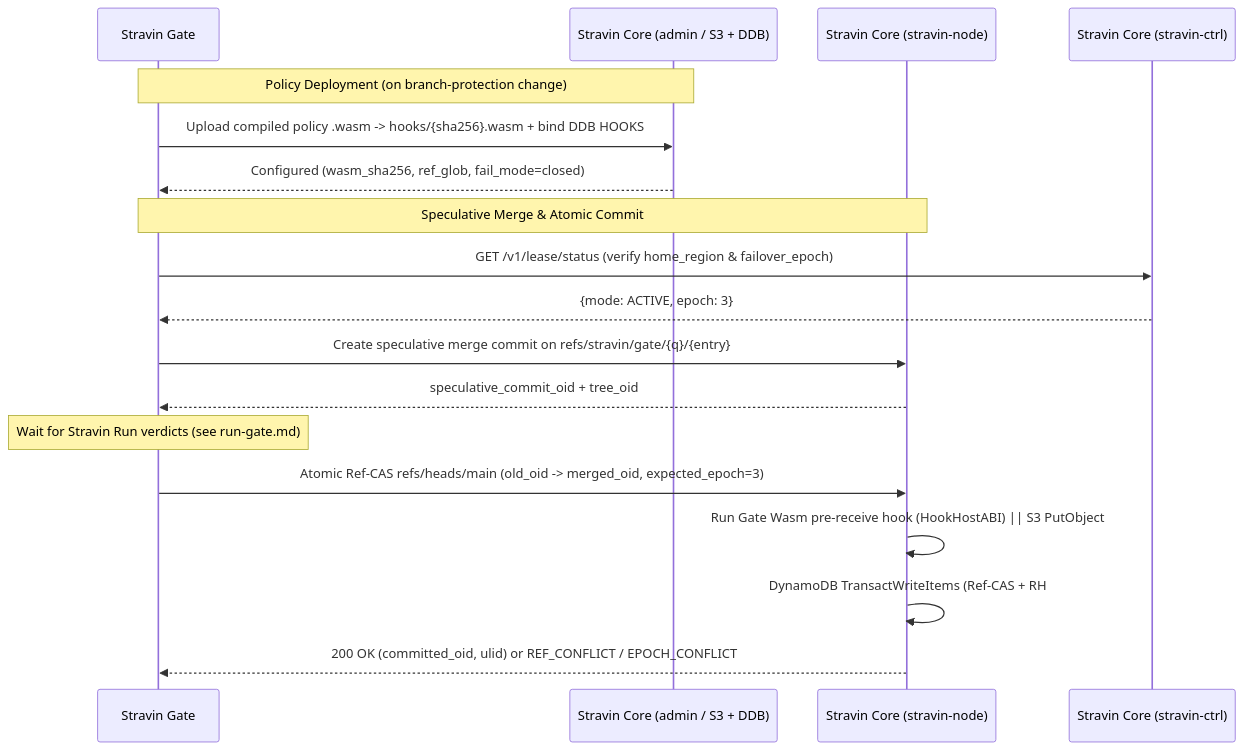
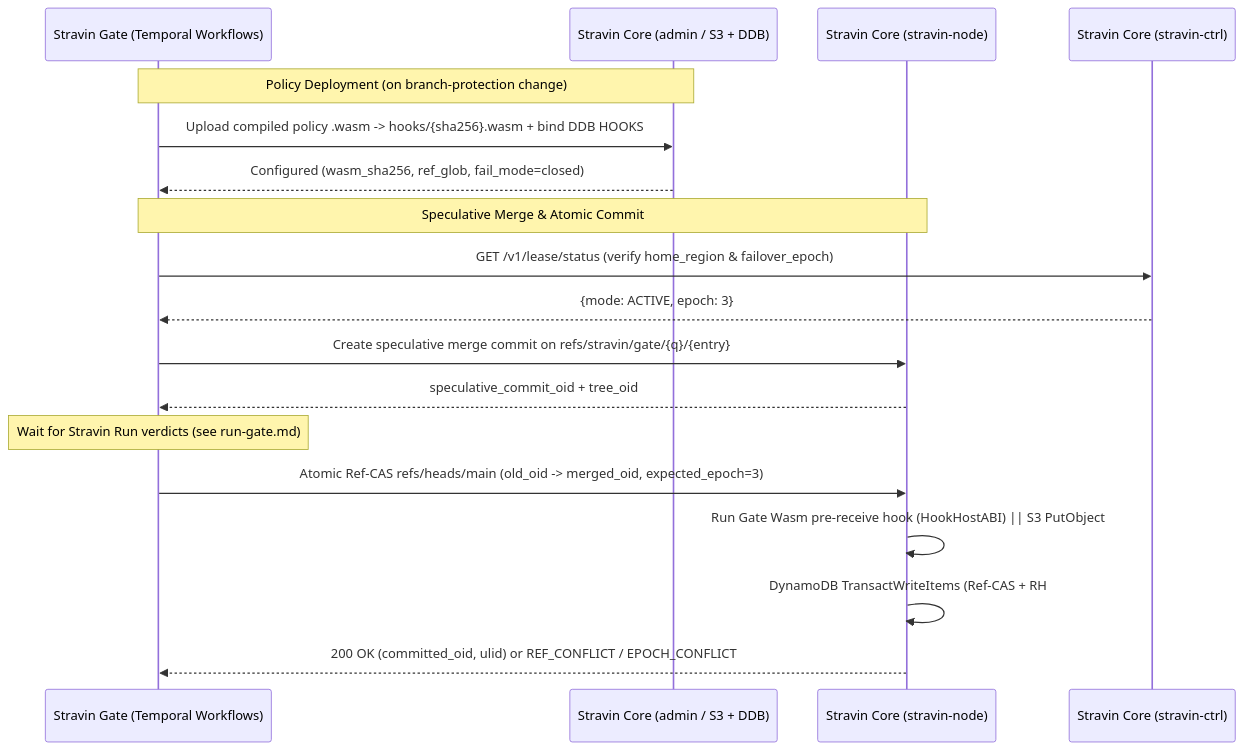
Before and after one commit to stravin-dev/architecture: the diagram in docs/interfaces/core-gate.md, drawn with Mermaid. The commit also changed other lines of this file and 9 other files, not shown here.

````diff
--- a/docs/interfaces/core-gate.md
+++ b/docs/interfaces/core-gate.md
@@ -16,24 +16,24 @@
 ```mermaid
 sequenceDiagram
-    participant Gate as Stravin Gate
+    participant Gate as Stravin Gate (Temporal Workflows)
     participant Admin as Stravin Core (admin / S3 + DDB)
     participant Node as Stravin Core (stravin-node)
     participant Ctrl as Stravin Core (stravin-ctrl)
 
     Note over Gate,Admin: Policy Deployment (on branch-protection change)
     Gate->>Admin: Upload compiled policy .wasm -> hooks/{sha256}.wasm + bind DDB HOOKS
     Admin-->>Gate: Configured (wasm_sha256, ref_glob, fail_mode=closed)
 
     Note over Gate,Node: Speculative Merge & Atomic Commit
     Gate->>Ctrl: GET /v1/lease/status (verify home_region & failover_epoch)
     Ctrl-->>Gate: {mode: ACTIVE, epoch: 3}
     Gate->>Node: Create speculative merge commit on refs/stravin/gate/{q}/{entry}
     Node-->>Gate: speculative_commit_oid + tree_oid
 
     Note over Gate: Wait for Stravin Run verdicts (see run-gate.md)
 
     Gate->>Node: Atomic Ref-CAS refs/heads/main (old_oid -> merged_oid, expected_epoch=3)
     Node->>Node: Run Gate Wasm pre-receive hook (HookHostABI) || S3 PutObject
     Node->>Node: DynamoDB TransactWriteItems (Ref-CAS + RH#s + MS#m)
     Node-->>Gate: 200 OK (committed_oid, ulid) or REF_CONFLICT / EPOCH_CONFLICT
 ```
````
